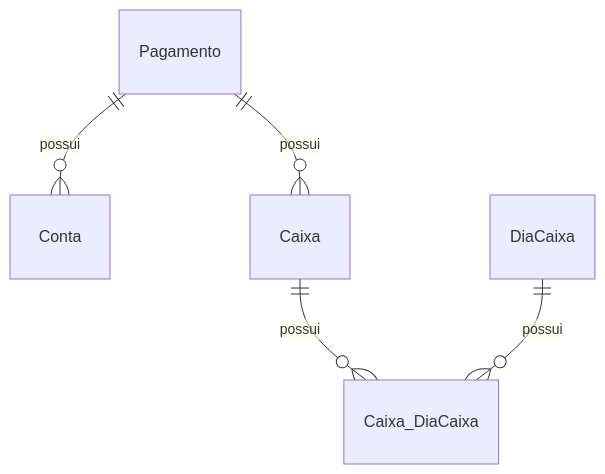
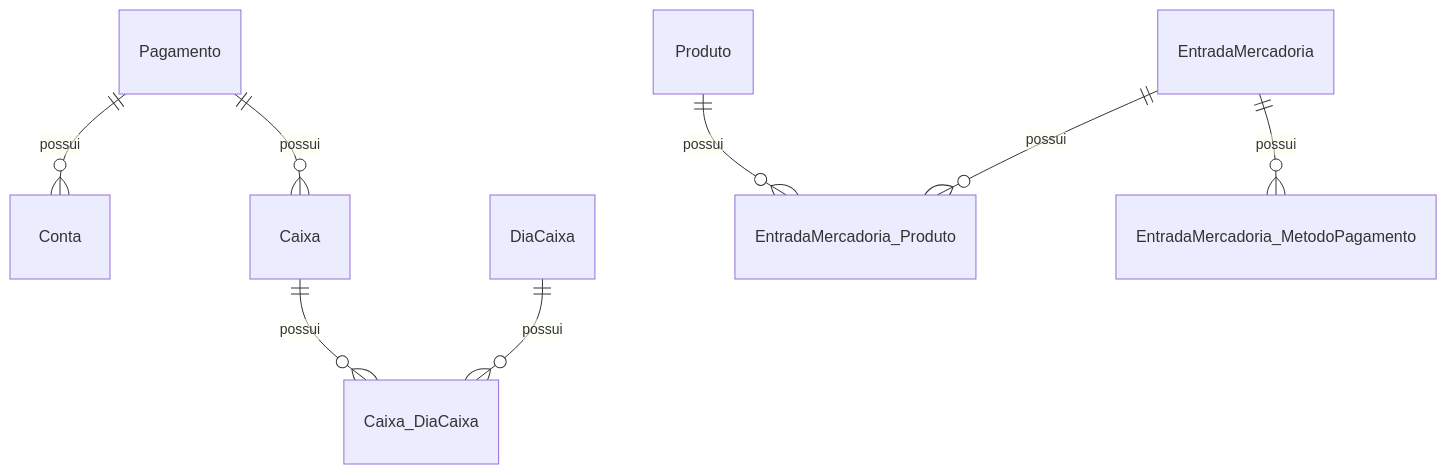
The second of 2 diagrams in docs/doc-modelos.md (melquetrindade/sigQueijaria), drawn with Mermaid before and after one commit.

Commit message:
Adicionando informações e relacionamentos ao Modelo de Dados #22

````diff
--- a/docs/doc-modelos.md
+++ b/docs/doc-modelos.md
@@ -341,7 +341,10 @@
 ```mermaid
 erDiagram
     Pagamento ||--o{ Conta : possui
     Pagamento ||--o{ Caixa : possui
     Caixa ||--o{ Caixa_DiaCaixa : possui
     DiaCaixa ||--o{ Caixa_DiaCaixa : possui
+    Produto ||--o{ EntradaMercadoria_Produto : possui
+    EntradaMercadoria ||--o{ EntradaMercadoria_Produto: possui
+    EntradaMercadoria ||--o{ EntradaMercadoria_MetodoPagamento: possui
 ```
````
